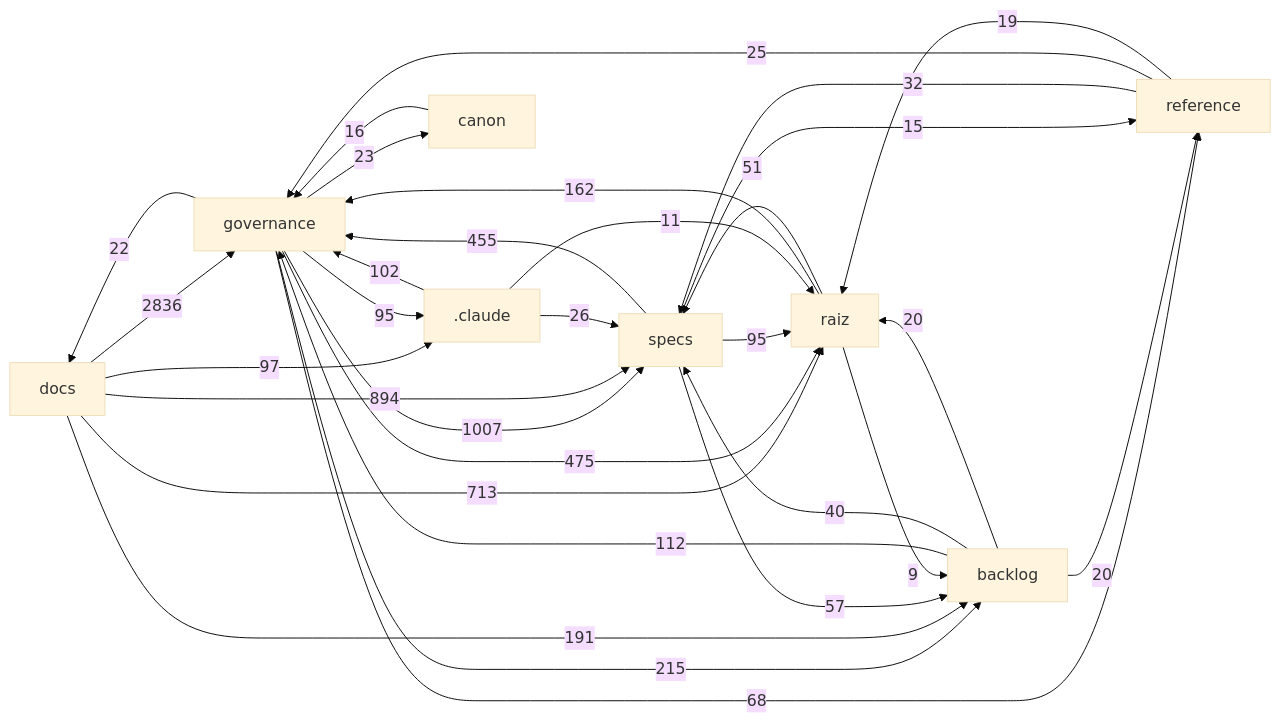
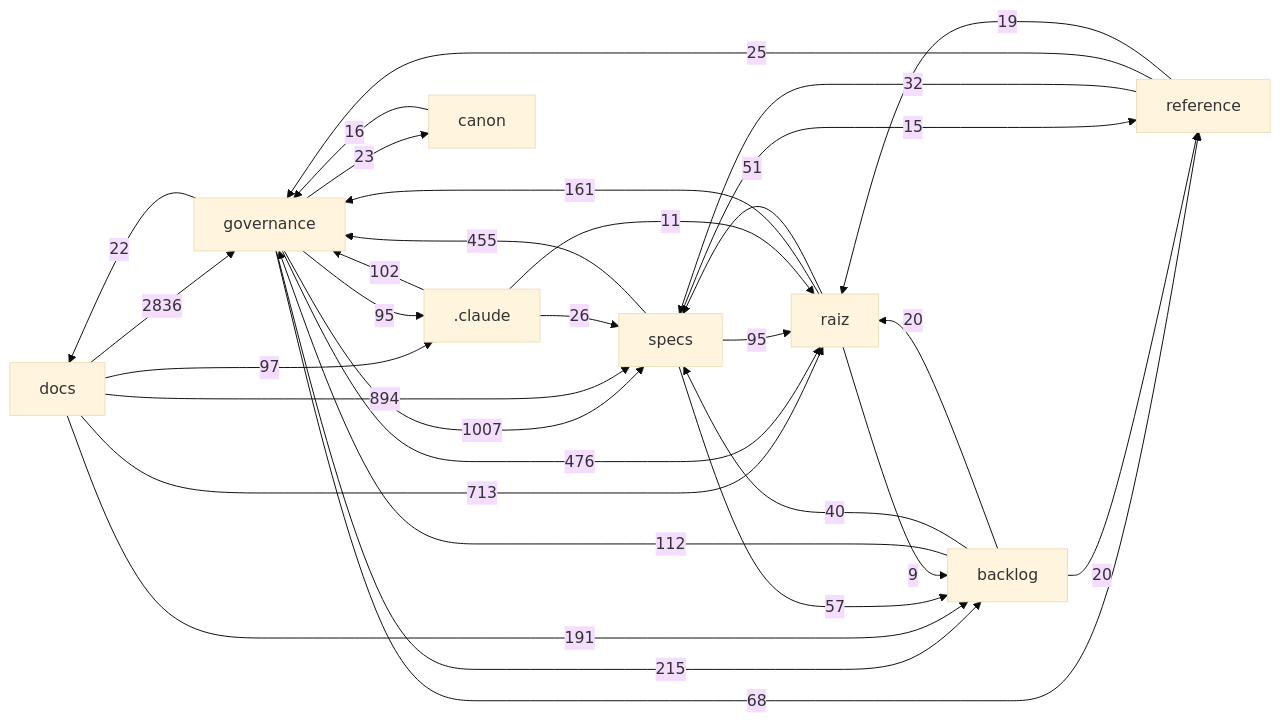
One commit to Andraus35/Sistema-Operacional-de-Trading--SOT changed the diagram in docs/mapa/MAPA-PROJETO.md. Above: the diagram before and after it, drawn with Mermaid (base theme). The commit also changed other lines of this file and 6 other files, not shown here.

````diff
--- a/docs/mapa/MAPA-PROJETO.md
+++ b/docs/mapa/MAPA-PROJETO.md
@@ -29,33 +29,33 @@
 ```mermaid
 flowchart LR
   docs["docs"] -->|2836| governance["governance"]
   governance["governance"] -->|1007| specs["specs"]
   docs["docs"] -->|894| specs["specs"]
   docs["docs"] -->|713| raiz["raiz"]
-  governance["governance"] -->|475| raiz["raiz"]
+  governance["governance"] -->|476| raiz["raiz"]
   specs["specs"] -->|455| governance["governance"]
   governance["governance"] -->|215| backlog["backlog"]
   docs["docs"] -->|191| backlog["backlog"]
-  raiz["raiz"] -->|162| governance["governance"]
+  raiz["raiz"] -->|161| governance["governance"]
   backlog["backlog"] -->|112| governance["governance"]
   _claude[".claude"] -->|102| governance["governance"]
   docs["docs"] -->|97| _claude[".claude"]
   governance["governance"] -->|95| _claude[".claude"]
   specs["specs"] -->|95| raiz["raiz"]
   governance["governance"] -->|68| reference["reference"]
   specs["specs"] -->|57| backlog["backlog"]
   raiz["raiz"] -->|51| specs["specs"]
   backlog["backlog"] -->|40| specs["specs"]
   reference["reference"] -->|32| specs["specs"]
   _claude[".claude"] -->|26| specs["specs"]
   reference["reference"] -->|25| governance["governance"]
   governance["governance"] -->|23| canon["canon"]
   governance["governance"] -->|22| docs["docs"]
   backlog["backlog"] -->|20| raiz["raiz"]
   backlog["backlog"] -->|20| reference["reference"]
   reference["reference"] -->|19| raiz["raiz"]
   canon["canon"] -->|16| governance["governance"]
   specs["specs"] -->|15| reference["reference"]
   _claude[".claude"] -->|11| raiz["raiz"]
   raiz["raiz"] -->|9| backlog["backlog"]
 ```
````
